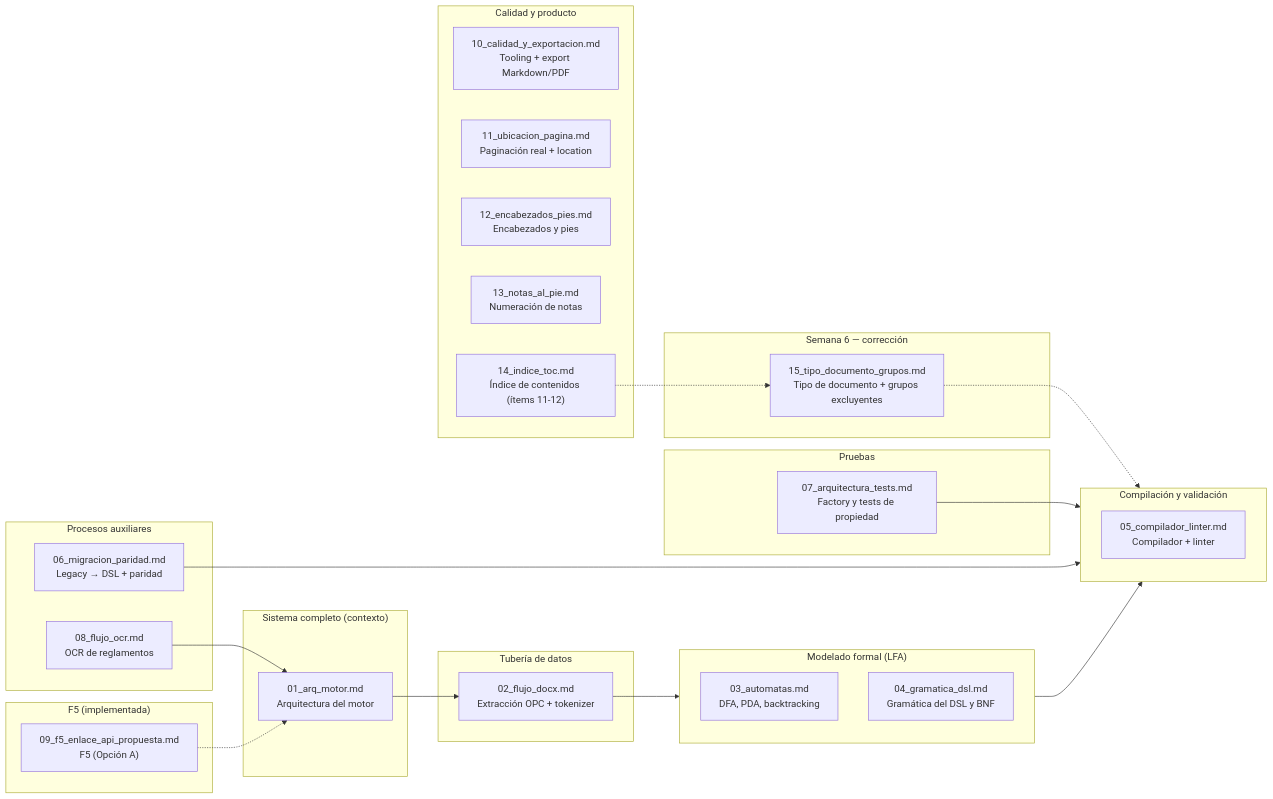
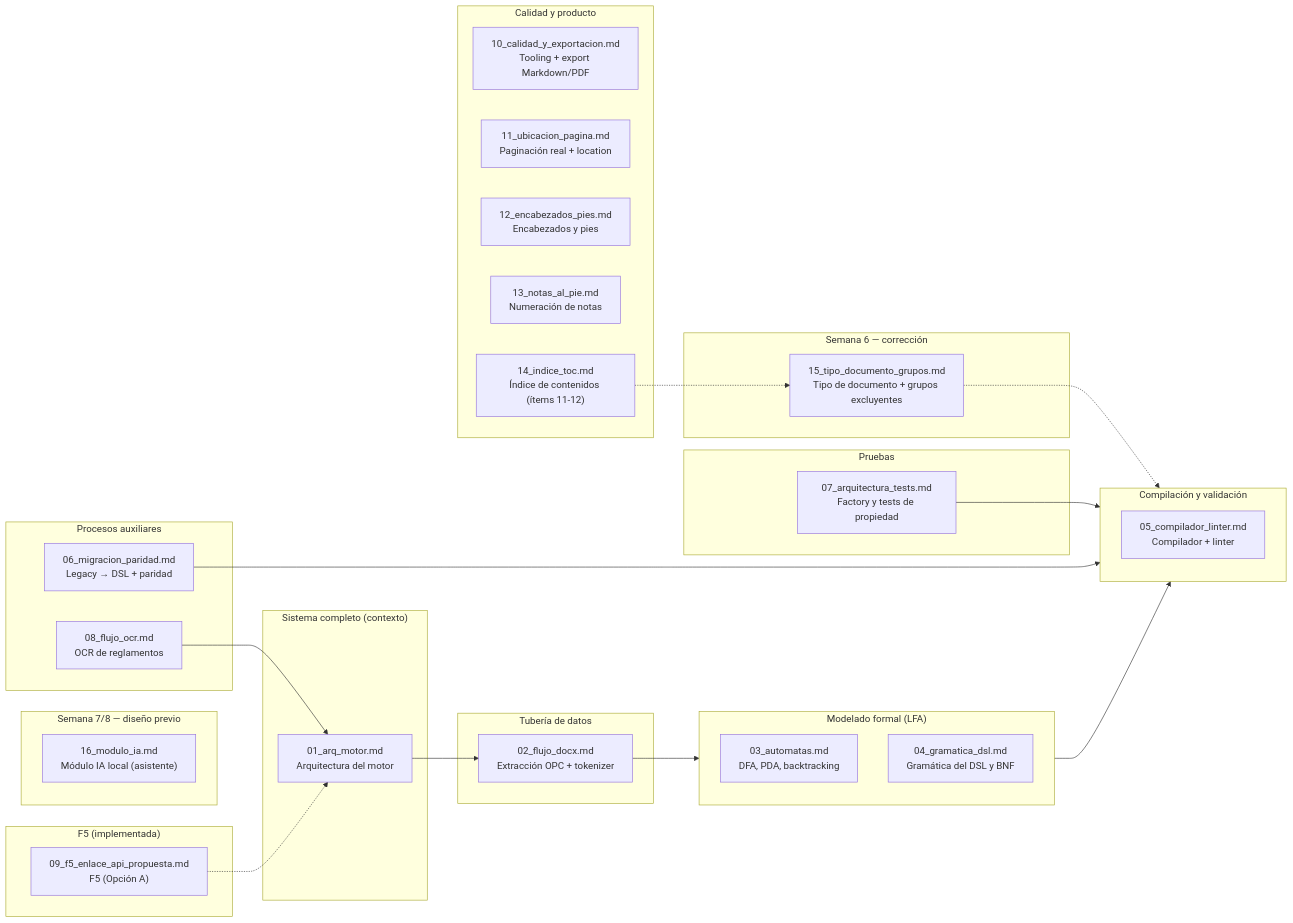
One commit to IvanSanchezSil/vistobueno changed the first of 2 diagrams in docs/diseno/00_indice_diseno.md. Above: the diagram before and after it, drawn with Mermaid. The commit also changed other lines of this file and 4 other files, not shown here.

First line of the commit message:
docs(ia): diseño, discusión y HANDOVER de API del módulo IA

````diff
--- a/docs/diseno/00_indice_diseno.md
+++ b/docs/diseno/00_indice_diseno.md
@@ -34,54 +34,58 @@
 ```mermaid
 flowchart LR
     subgraph CONTEXTO["Sistema completo (contexto)"]
         A["01_arq_motor.md<br/>Arquitectura del motor"]
     end
 
     subgraph TUBERIA["Tubería de datos"]
         B["02_flujo_docx.md<br/>Extracción OPC + tokenizer"]
     end
 
     subgraph FORMAL["Modelado formal (LFA)"]
         C["03_automatas.md<br/>DFA, PDA, backtracking"]
         D["04_gramatica_dsl.md<br/>Gramática del DSL y BNF"]
     end
 
     subgraph COMPILACION["Compilación y validación"]
         E["05_compilador_linter.md<br/>Compilador + linter"]
     end
 
     subgraph PROCESOS["Procesos auxiliares"]
         F["06_migracion_paridad.md<br/>Legacy → DSL + paridad"]
         G["08_flujo_ocr.md<br/>OCR de reglamentos"]
     end
 
     subgraph PRUEBAS["Pruebas"]
         H["07_arquitectura_tests.md<br/>Factory y tests de propiedad"]
     end
 
     subgraph CALIDAD["Calidad y producto"]
         J["10_calidad_y_exportacion.md<br/>Tooling + export Markdown/PDF"]
         K["11_ubicacion_pagina.md<br/>Paginación real + location"]
         L["12_encabezados_pies.md<br/>Encabezados y pies"]
         M["13_notas_al_pie.md<br/>Numeración de notas"]
         N["14_indice_toc.md<br/>Índice de contenidos (ítems 11-12)"]
     end
 
     subgraph SEMANA6["Semana 6 — corrección"]
         O["15_tipo_documento_grupos.md<br/>Tipo de documento + grupos excluyentes"]
     end
 
+    subgraph IADISENO["Semana 7/8 — diseño previo"]
+        P["16_modulo_ia.md<br/>Módulo IA local (asistente)"]
+    end
+
     subgraph FUTURO["F5 (implementada)"]
         I["09_f5_enlace_api_propuesta.md<br/>F5 (Opción A)"]
     end
 
     A --> B
     B --> FORMAL
     FORMAL --> COMPILACION
     F --> COMPILACION
     H --> COMPILACION
     G --> A
     I -.-> A
     N -.-> O
     O -.-> COMPILACION
 ```
````
